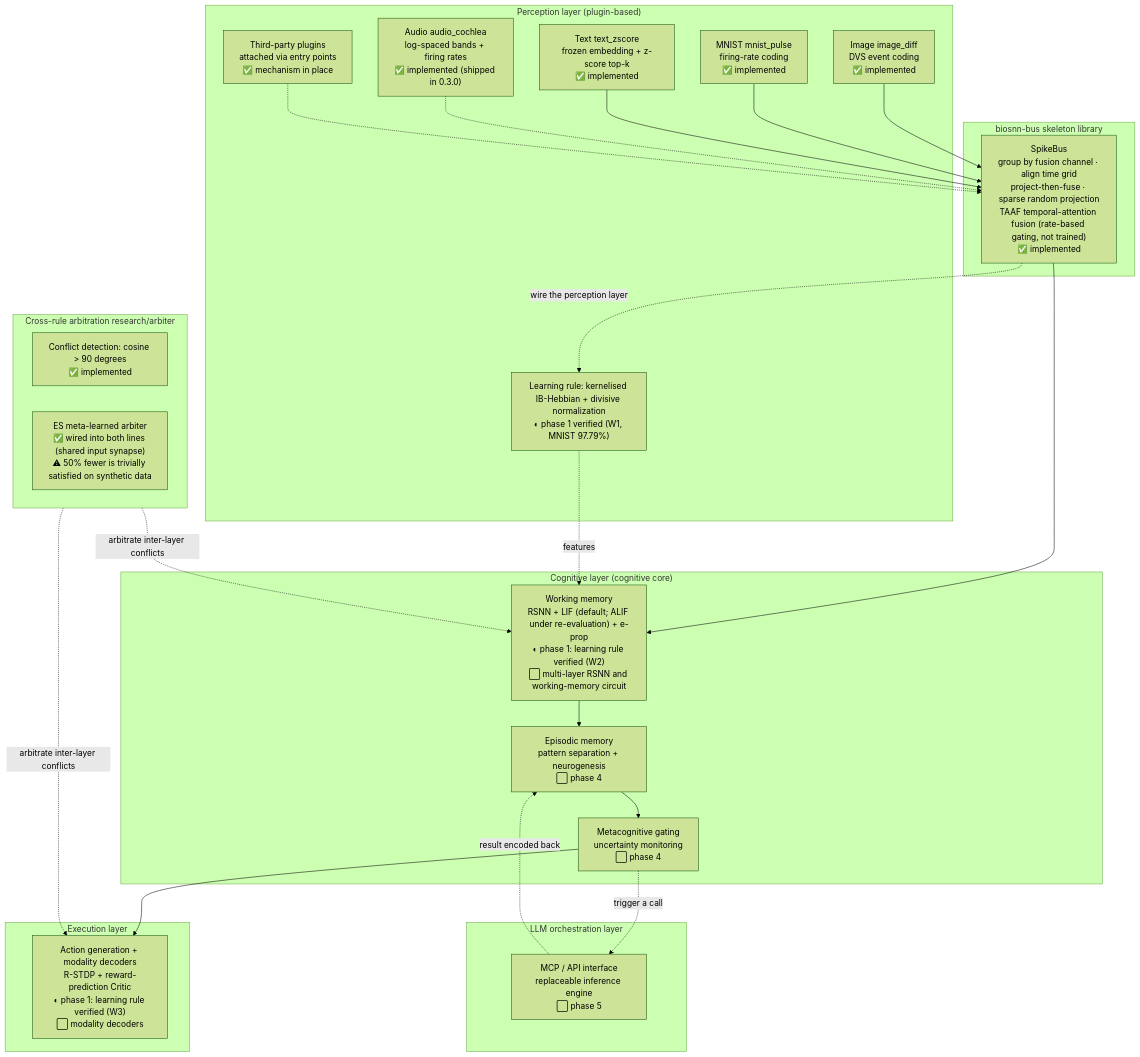
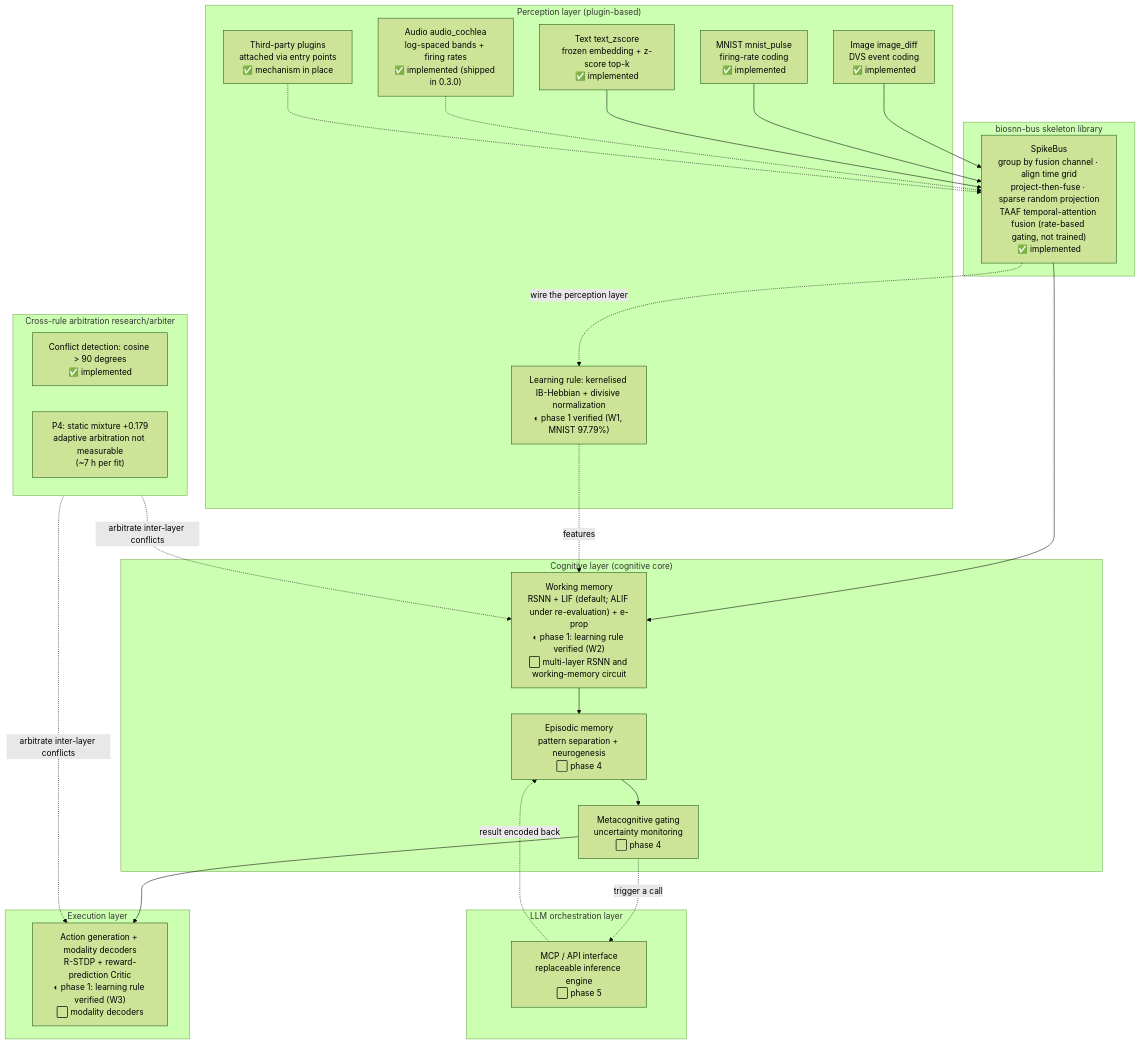
One commit to lzmd-arch/BioSNN-Plug changed the diagram in README.en.md. Above: the diagram before and after it, drawn with Mermaid (forest theme). The commit also changed other lines of this file and 4 other files, not shown here.

````diff
--- a/README.en.md
+++ b/README.en.md
@@ -145,50 +145,50 @@
 ```mermaid
 flowchart TB
     subgraph L5["LLM orchestration layer"]
         MCP["MCP / API interface<br/>replaceable inference engine<br/>⬜ phase 5"]
     end
 
     subgraph L4["Execution layer"]
         ACT["Action generation + modality decoders<br/>R-STDP + reward-prediction Critic<br/>◐ phase 1: learning rule verified (W3)<br/>⬜ modality decoders"]
     end
 
     subgraph L3["Cognitive layer (cognitive core)"]
         WM["Working memory<br/>RSNN + LIF (default; ALIF under re-evaluation) + e-prop<br/>◐ phase 1: learning rule verified (W2)<br/>⬜ multi-layer RSNN and working-memory circuit"]
         EM["Episodic memory<br/>pattern separation + neurogenesis<br/>⬜ phase 4"]
         MG["Metacognitive gating<br/>uncertainty monitoring<br/>⬜ phase 4"]
     end
 
     subgraph ARB["Cross-rule arbitration research/arbiter"]
         CF["Conflict detection: cosine > 90 degrees<br/>✅ implemented"]
-        ES["ES meta-learned arbiter<br/>✅ wired into both lines (shared input synapse)<br/>⚠ 50% fewer is trivially satisfied on synthetic data"]
+        ES["P4: static mixture +0.179<br/>adaptive arbitration not measurable<br/>(~7 h per fit)"]
     end
 
     subgraph L2["biosnn-bus skeleton library"]
         BUS["SpikeBus<br/>group by fusion channel · align time grid<br/>project-then-fuse · sparse random projection<br/>TAAF temporal-attention fusion (rate-based gating, not trained)<br/>✅ implemented"]
     end
 
     subgraph L1["Perception layer (plugin-based)"]
         IMG["Image image_diff<br/>DVS event coding<br/>✅ implemented"]
         MN["MNIST mnist_pulse<br/>firing-rate coding<br/>✅ implemented"]
         TXT["Text text_zscore<br/>frozen embedding + z-score top-k<br/>✅ implemented"]
         AUD["Audio audio_cochlea<br/>log-spaced bands + firing rates<br/>✅ implemented (shipped in 0.3.0)"]
         THIRD["Third-party plugins<br/>attached via entry points<br/>✅ mechanism in place"]
         HEB["Learning rule: kernelised IB-Hebbian + divisive normalization<br/>◐ phase 1 verified (W1, MNIST 97.79%)"]
     end
 
     IMG --> BUS
     MN --> BUS
     TXT --> BUS
     AUD -.-> BUS
     THIRD -.-> BUS
     BUS --> WM
     BUS -.->|wire the perception layer| HEB
     HEB -.->|features| WM
     WM --> EM
     EM --> MG
     MG --> ACT
     MG -.->|trigger a call| MCP
     MCP -.->|result encoded back| EM
     ARB -.->|arbitrate inter-layer conflicts| WM
     ARB -.->|arbitrate inter-layer conflicts| ACT
 ```
````
